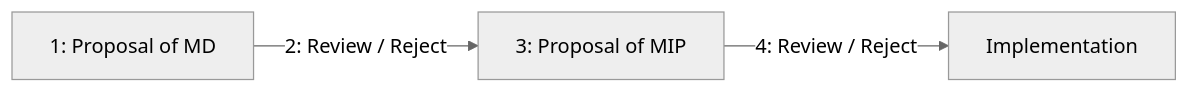
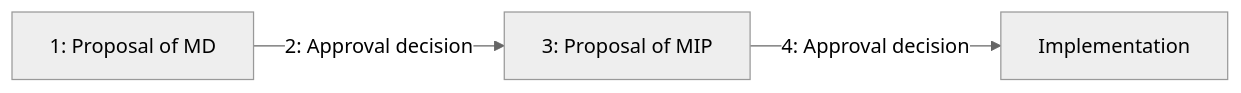
One commit to movementlabsxyz/MIP changed the second of 2 diagrams in MIP/mip-0/README.md. Above: the diagram before and after it, drawn with Mermaid (neutral theme). The commit also changed other lines of this file and 2 other files, not shown here.

````diff
--- a/MIP/mip-0/README.md
+++ b/MIP/mip-0/README.md
@@ -60,4 +65,4 @@
 ```mermaid
 graph LR
-    A[1: Proposal of MD] -- 2: Review / Reject --> B[3: Proposal of MIP] -- 4: Review / Reject --> C[Implementation]
+    A[1: Proposal of MD] -- 2: Approval decision --> B[3: Proposal of MIP] -- 4: Approval decision --> C[Implementation]
 ```
````
